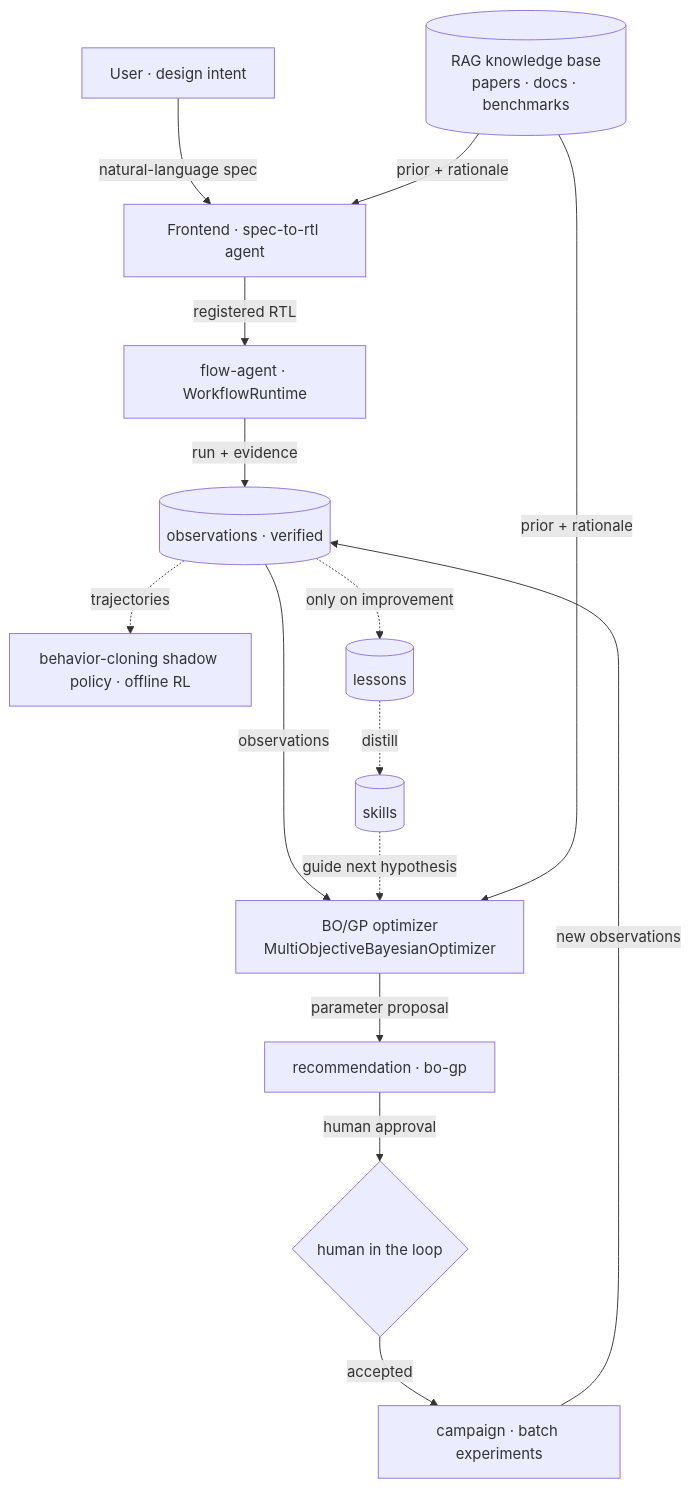
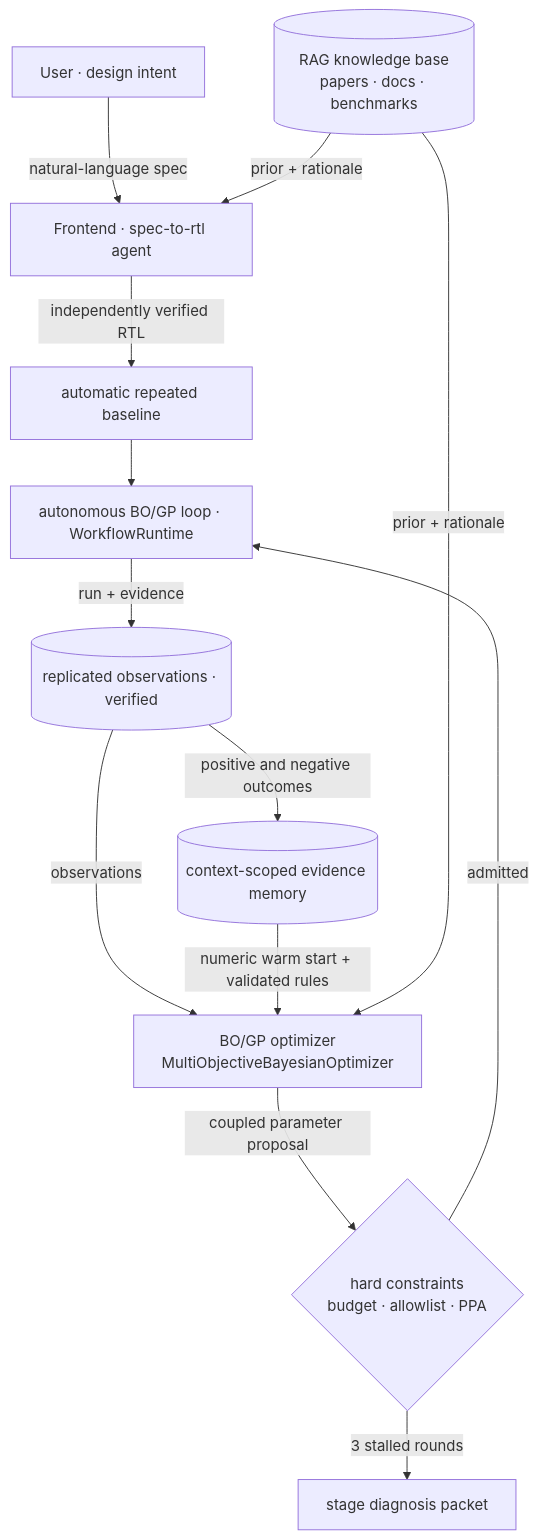
One commit to yuan-fd/ChipEvolve changed the first of 2 diagrams in README.md. Above: the diagram before and after it, drawn with Mermaid. The commit also changed other lines of this file and 109 other files, not shown here.

````diff
--- a/README.md
+++ b/README.md
@@ -33,17 +33,15 @@
 ```mermaid
 graph TD
     U[User · design intent] -->|natural-language spec| FE[Frontend · spec-to-rtl agent]
-    FE -->|registered RTL| BD[flow-agent · WorkflowRuntime]
-    BD -->|run + evidence| OBS[(observations · verified)]
+    FE -->|independently verified RTL| B0[automatic repeated baseline]
+    B0 --> BD[autonomous BO/GP loop · WorkflowRuntime]
+    BD -->|run + evidence| OBS[(replicated observations · verified)]
     OBS -->|observations| BO[BO/GP optimizer<br/>MultiObjectiveBayesianOptimizer]
-    BO -->|parameter proposal| REC[recommendation · bo-gp]
-    REC -->|human approval| DEC{human in the loop}
-    DEC -->|accepted| CAM[campaign · batch experiments]
-    CAM -->|new observations| OBS
-    OBS -.->|trajectories| BC[behavior-cloning shadow policy · offline RL]
-    OBS -.->|only on improvement| LSN[(lessons)]
-    LSN -.->|distill| SK[(skills)]
-    SK -.->|guide next hypothesis| BO
+    BO -->|coupled parameter proposal| DEC{hard constraints<br/>budget · allowlist · PPA}
+    DEC -->|admitted| BD
+    DEC -->|3 stalled rounds| DIA[stage diagnosis packet]
+    OBS -->|positive and negative outcomes| MEM[(context-scoped evidence memory)]
+    MEM -->|numeric warm start + validated rules| BO
     KB[(RAG knowledge base<br/>papers · docs · benchmarks)] -->|prior + rationale| FE
     KB -->|prior + rationale| BO
 ```
````
